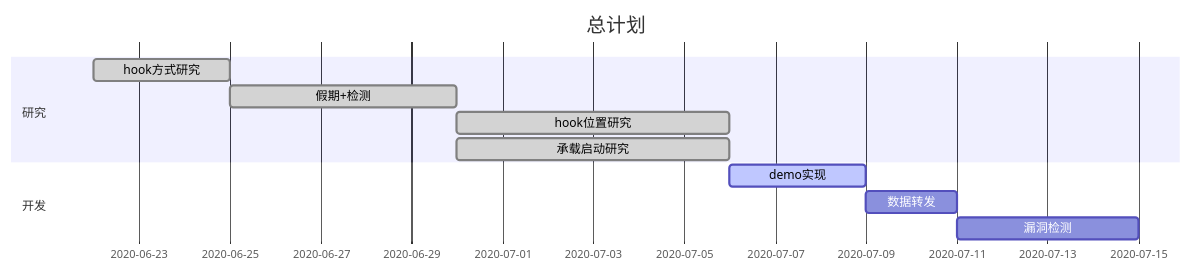
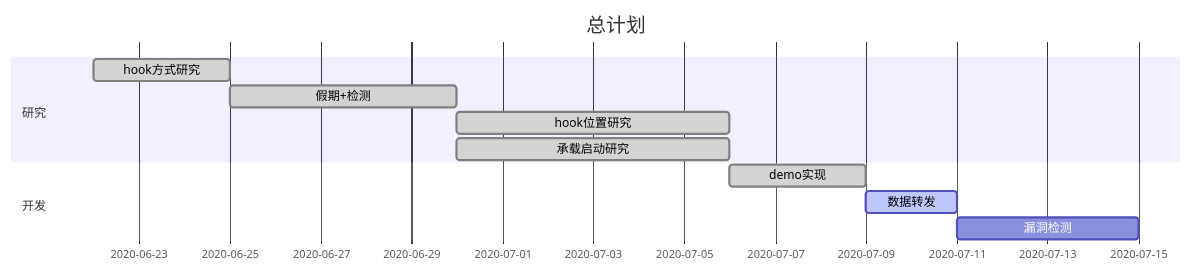
Before and after one commit to luotianqi777/Notebook: the first of 2 diagrams in Plan.md, drawn with Mermaid. The commit also changed other lines of this file and 1 other file, not shown here.

````diff
--- a/Plan.md
+++ b/Plan.md
@@ -3,14 +3,14 @@
 ```mermaid
 gantt
 dateFormat MM-DD
 title 总计划
 section 研究
 hook方式研究: done, hook_find, 06-22, 3d
 假期+检测: done, holiday, after hook_find, 5d
 hook位置研究: done, hook_location, after holiday, 6d
 承载启动研究: done, startup ,after holiday, 6d
 section 开发
-demo实现: active, hook_impl, after startup, 3d
-数据转发: data_send, after hook_impl, 2d
+demo实现: done, hook_impl, after startup, 3d
+数据转发: active, data_send, after hook_impl, 2d
 漏洞检测: bug_check, after data_send, 4d
 ```
````
